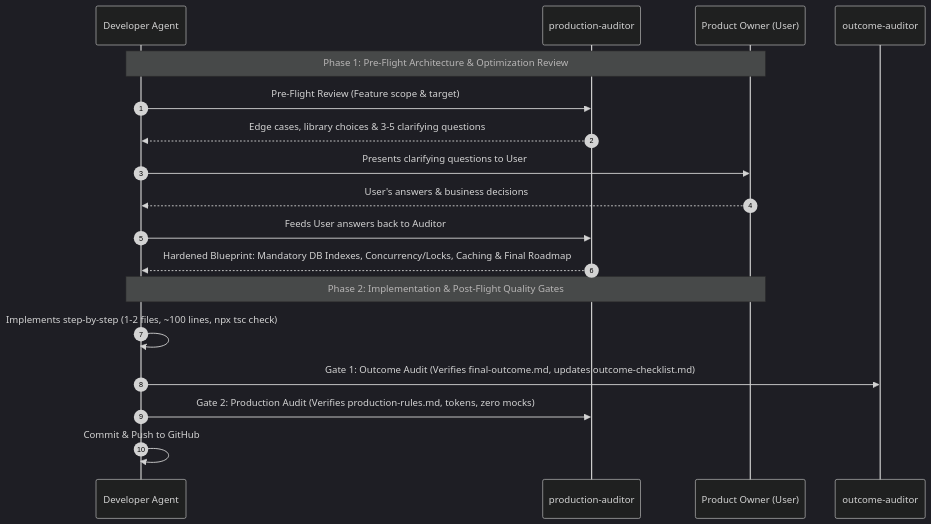
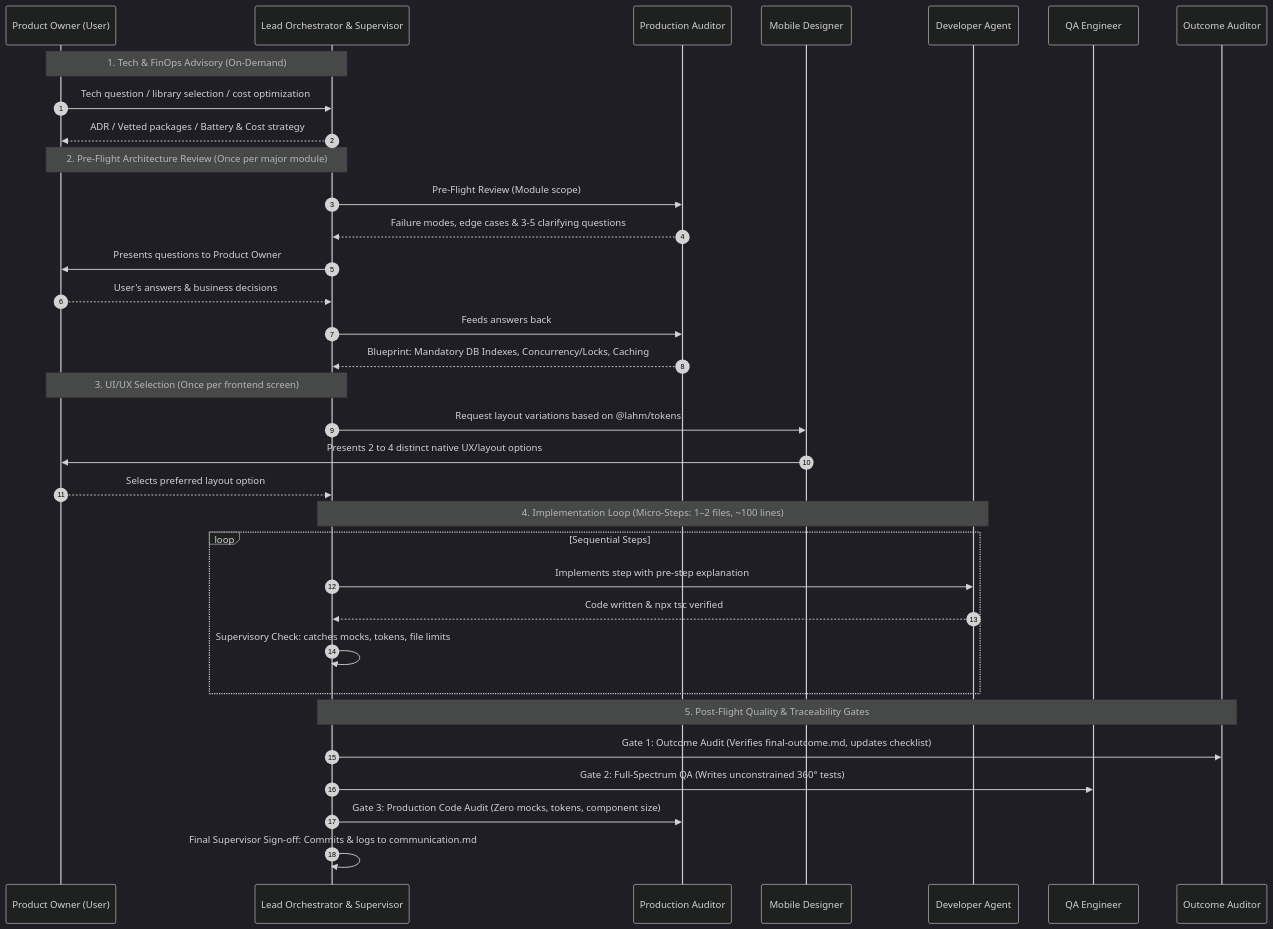
The diagram in context/agent-workflow-guide.md (n-muhammad-taufiq/lahm), drawn with Mermaid (dark theme) before and after one commit. The commit also changed other lines of this file and 1 other file, not shown here.

Commit message:
docs: formalize unified Lead Orchestrator, Supervisor & Tech Advisor architecture and local sync

````diff
--- a/context/agent-workflow-guide.md
+++ b/context/agent-workflow-guide.md
@@ -58,23 +89,41 @@
 ```mermaid
 sequenceDiagram
+    autonumber
+    participant PO as Product Owner (User)
+    participant LEAD as Lead Orchestrator & Supervisor
+    participant PA as Production Auditor
+    participant MD as Mobile Designer
+    participant DEV as Developer Agent
+    participant QA as QA Engineer
+    participant OA as Outcome Auditor
 
-    autonumber
-    participant D as Developer Agent
-    participant PA as production-auditor
-    participant U as Product Owner (User)
-    participant OA as outcome-auditor
+    Note over PO,LEAD: 1. Tech & FinOps Advisory (On-Demand)
+    PO->>LEAD: Tech question / library selection / cost optimization
+    LEAD-->>PO: ADR / Vetted packages / Battery & Cost strategy
 
-    Note over D,U: Phase 1: Pre-Flight Architecture & Optimization Review
-    D->>PA: Pre-Flight Review (Feature scope & target)
-    PA-->>D: Edge cases, library choices & 3-5 clarifying questions
-    D->>U: Presents clarifying questions to User
-    U-->>D: User's answers & business decisions
-    D->>PA: Feeds User answers back to Auditor
-    PA-->>D: Hardened Blueprint: Mandatory DB Indexes, Concurrency/Locks, Caching & Final Roadmap
+    Note over LEAD,PO: 2. Pre-Flight Architecture Review (Once per major module)
+    LEAD->>PA: Pre-Flight Review (Module scope)
+    PA-->>LEAD: Failure modes, edge cases & 3-5 clarifying questions
+    LEAD->>PO: Presents questions to Product Owner
+    PO-->>LEAD: User's answers & business decisions
+    LEAD->>PA: Feeds answers back
+    PA-->>LEAD: Blueprint: Mandatory DB Indexes, Concurrency/Locks, Caching
 
-    Note over D,U: Phase 2: Implementation & Post-Flight Quality Gates
-    D->>D: Implements step-by-step (1-2 files, ~100 lines, npx tsc check)
-    D->>OA: Gate 1: Outcome Audit (Verifies final-outcome.md, updates outcome-checklist.md)
-    D->>PA: Gate 2: Production Audit (Verifies production-rules.md, tokens, zero mocks)
-    D->>D: Commit & Push to GitHub
+    Note over LEAD,PO: 3. UI/UX Selection (Once per frontend screen)
+    LEAD->>MD: Request layout variations based on @lahm/tokens
+    MD->>PO: Presents 2 to 4 distinct native UX/layout options
+    PO-->>LEAD: Selects preferred layout option
+
+    Note over LEAD,DEV: 4. Implementation Loop (Micro-Steps: 1–2 files, ~100 lines)
+    loop Sequential Steps
+        LEAD->>DEV: Implements step with pre-step explanation
+        DEV-->>LEAD: Code written & npx tsc verified
+        LEAD->>LEAD: Supervisory Check: catches mocks, tokens, file limits
+    end
+
+    Note over LEAD,OA: 5. Post-Flight Quality & Traceability Gates
+    LEAD->>OA: Gate 1: Outcome Audit (Verifies final-outcome.md, updates checklist)
+    LEAD->>QA: Gate 2: Full-Spectrum QA (Writes unconstrained 360° tests)
+    LEAD->>PA: Gate 3: Production Code Audit (Zero mocks, tokens, component size)
+    LEAD->>LEAD: Final Supervisor Sign-off: Commits & logs to communication.md
 ```
````
